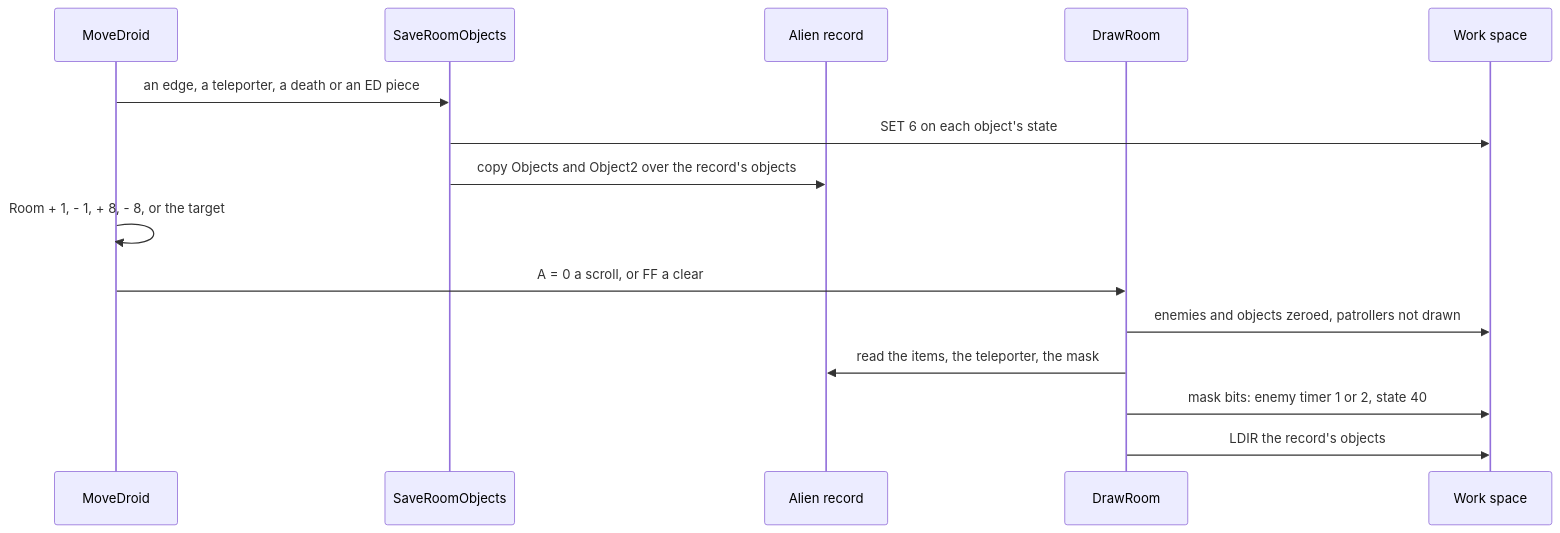
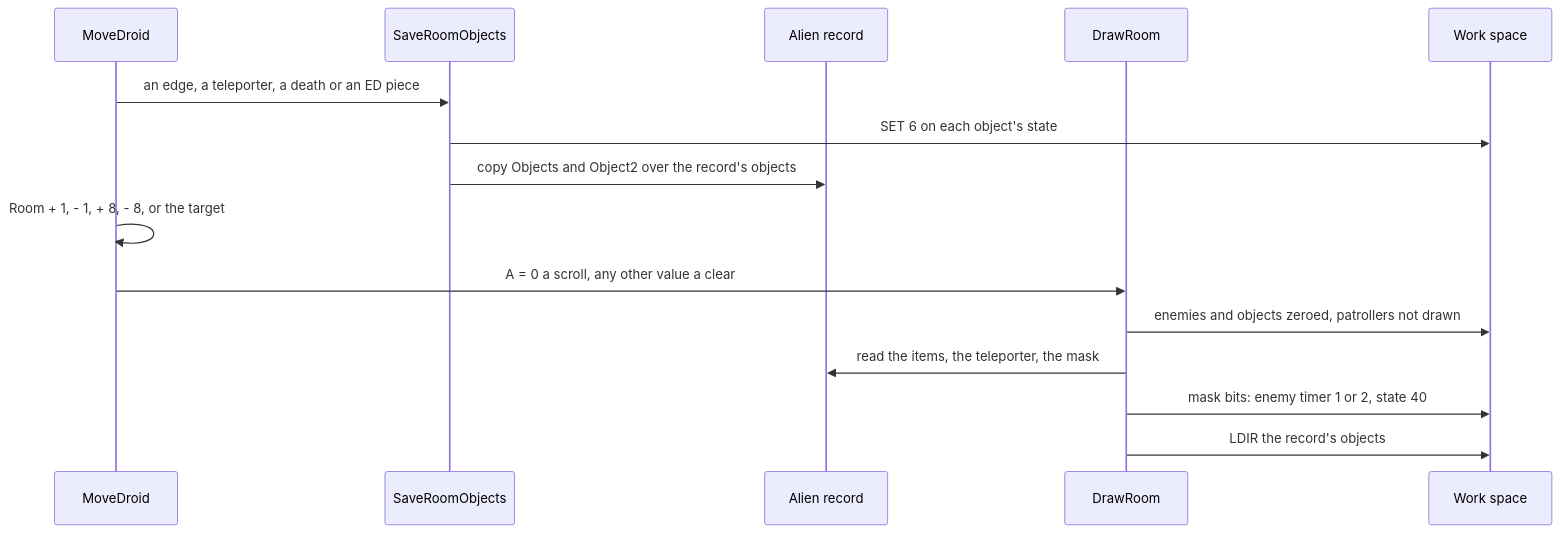
One commit to alfishe/unrealng-reverse-cases changed the third of 14 diagrams in games/tujad/docs/07-objects.md. Above: the diagram before and after it, drawn with Mermaid. The commit also changed other lines of this file and 44 other files, not shown here.

````diff
--- a/games/tujad/docs/07-objects.md
+++ b/games/tujad/docs/07-objects.md
@@ -254,17 +254,17 @@
 ```mermaid
 sequenceDiagram
     participant MD as MoveDroid
     participant S as SaveRoomObjects
     participant AM as Alien record
     participant DR as DrawRoom
     participant WS as Work space
     MD->>S: an edge, a teleporter, a death or an ED piece
     S->>WS: SET 6 on each object's state
     S->>AM: copy Objects and Object2 over the record's objects
     MD->>MD: Room + 1, - 1, + 8, - 8, or the target
-    MD->>DR: A = 0 a scroll, or FF a clear
+    MD->>DR: A = 0 a scroll, any other value a clear
     DR->>WS: enemies and objects zeroed, patrollers not drawn
     DR->>AM: read the items, the teleporter, the mask
     DR->>WS: mask bits: enemy timer 1 or 2, state 40
     DR->>WS: LDIR the record's objects
 ```
````
